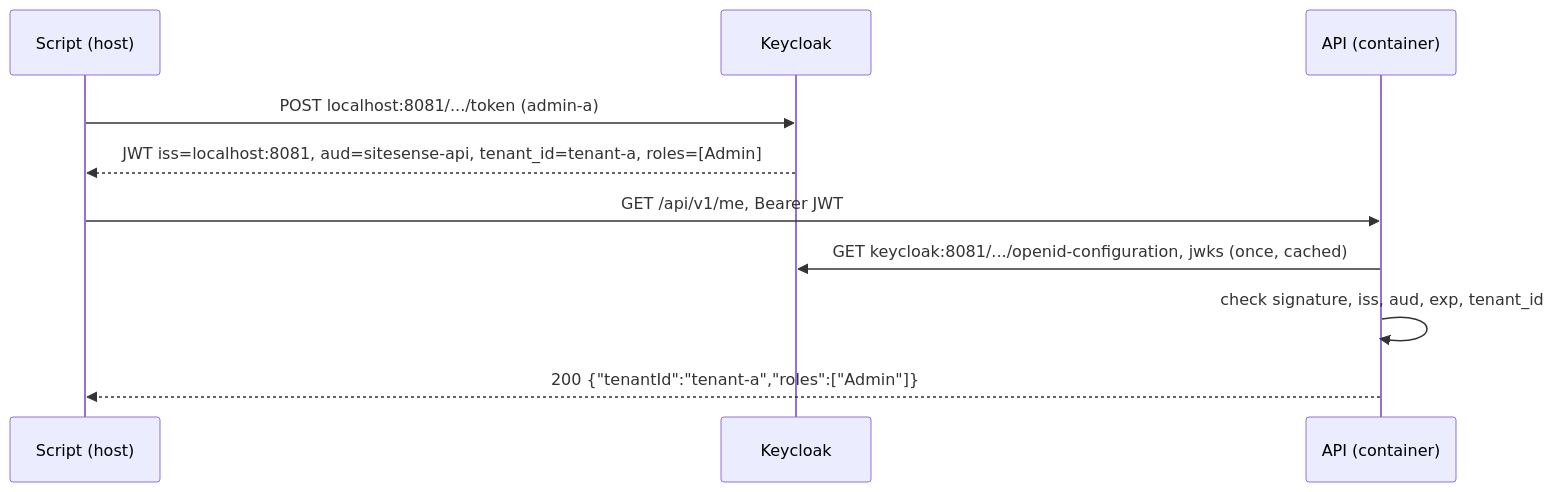
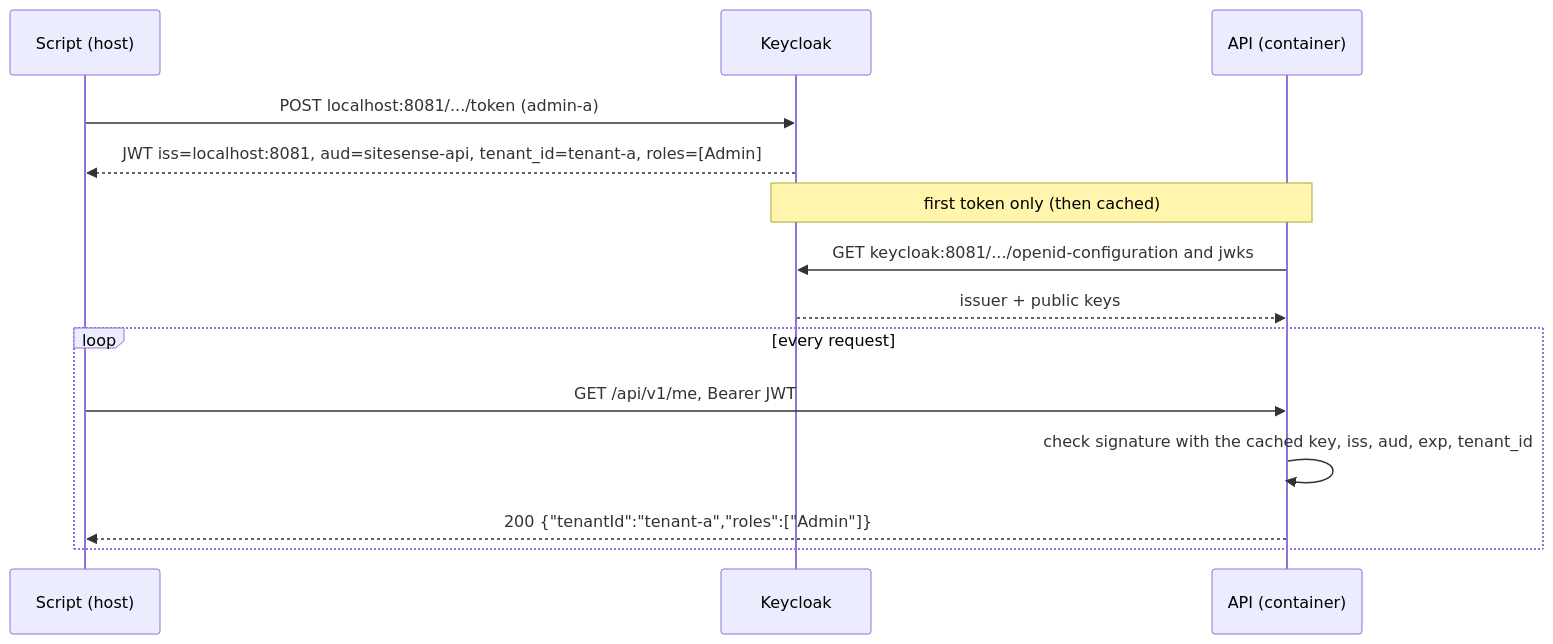
The second of 2 diagrams in docs/plans/SS-6-jwt-tenant.md (NotThaDev/SiteSense), drawn with Mermaid before and after one commit. The commit also changed other lines of this file, not shown here.

Commit message:
docs(plan): SS-6 review round 1 (key cache, risks, config location)

````diff
--- a/docs/plans/SS-6-jwt-tenant.md
+++ b/docs/plans/SS-6-jwt-tenant.md
@@ -48,12 +56,16 @@
 ```mermaid
 sequenceDiagram
   participant S as Script (host)
   participant K as Keycloak
   participant A as API (container)
   S->>K: POST localhost:8081/.../token (admin-a)
   K-->>S: JWT iss=localhost:8081, aud=sitesense-api, tenant_id=tenant-a, roles=[Admin]
-  S->>A: GET /api/v1/me, Bearer JWT
-  A->>K: GET keycloak:8081/.../openid-configuration, jwks (once, cached)
-  A->>A: check signature, iss, aud, exp, tenant_id
-  A-->>S: 200 {"tenantId":"tenant-a","roles":["Admin"]}
+  Note over A,K: first token only (then cached)
+  A->>K: GET keycloak:8081/.../openid-configuration and jwks
+  K-->>A: issuer + public keys
+  loop every request
+    S->>A: GET /api/v1/me, Bearer JWT
+    A->>A: check signature with the cached key, iss, aud, exp, tenant_id
+    A-->>S: 200 {"tenantId":"tenant-a","roles":["Admin"]}
+  end
 ```
````
